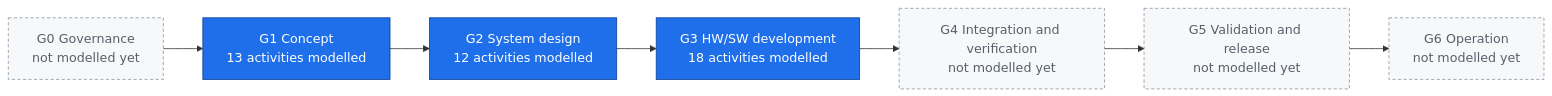
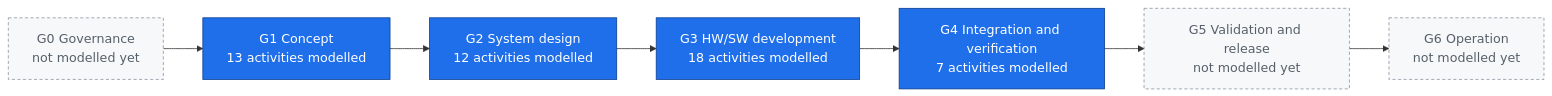
Before and after one commit to jherrodthomas/LionDriver: the diagram in assurance/process/maps/lifecycle.md, drawn with Mermaid. The commit also changed other lines of this file and 11 other files, not shown here.

First line of the commit message:
assurance: model the G4 integration and verification phase (WP-P-11)

````diff
--- a/assurance/process/maps/lifecycle.md
+++ b/assurance/process/maps/lifecycle.md
@@ -8,15 +8,15 @@
 ```mermaid
 flowchart LR
   G0["G0 Governance<br/>not modelled yet"]
   G1["G1 Concept<br/>13 activities modelled"]
   G2["G2 System design<br/>12 activities modelled"]
   G3["G3 HW/SW development<br/>18 activities modelled"]
-  G4["G4 Integration and verification<br/>not modelled yet"]
+  G4["G4 Integration and verification<br/>7 activities modelled"]
   G5["G5 Validation and release<br/>not modelled yet"]
   G6["G6 Operation<br/>not modelled yet"]
   G0 --> G1 --> G2 --> G3 --> G4 --> G5 --> G6
   classDef modelled fill:#1f6feb,stroke:#0b3d91,color:#ffffff
   classDef pending fill:#f6f8fa,stroke:#8c959f,color:#57606a,stroke-dasharray: 4 3
-  class G1,G2,G3 modelled
-  class G0,G4,G5,G6 pending
+  class G1,G2,G3,G4 modelled
+  class G0,G5,G6 pending
 ```
````
